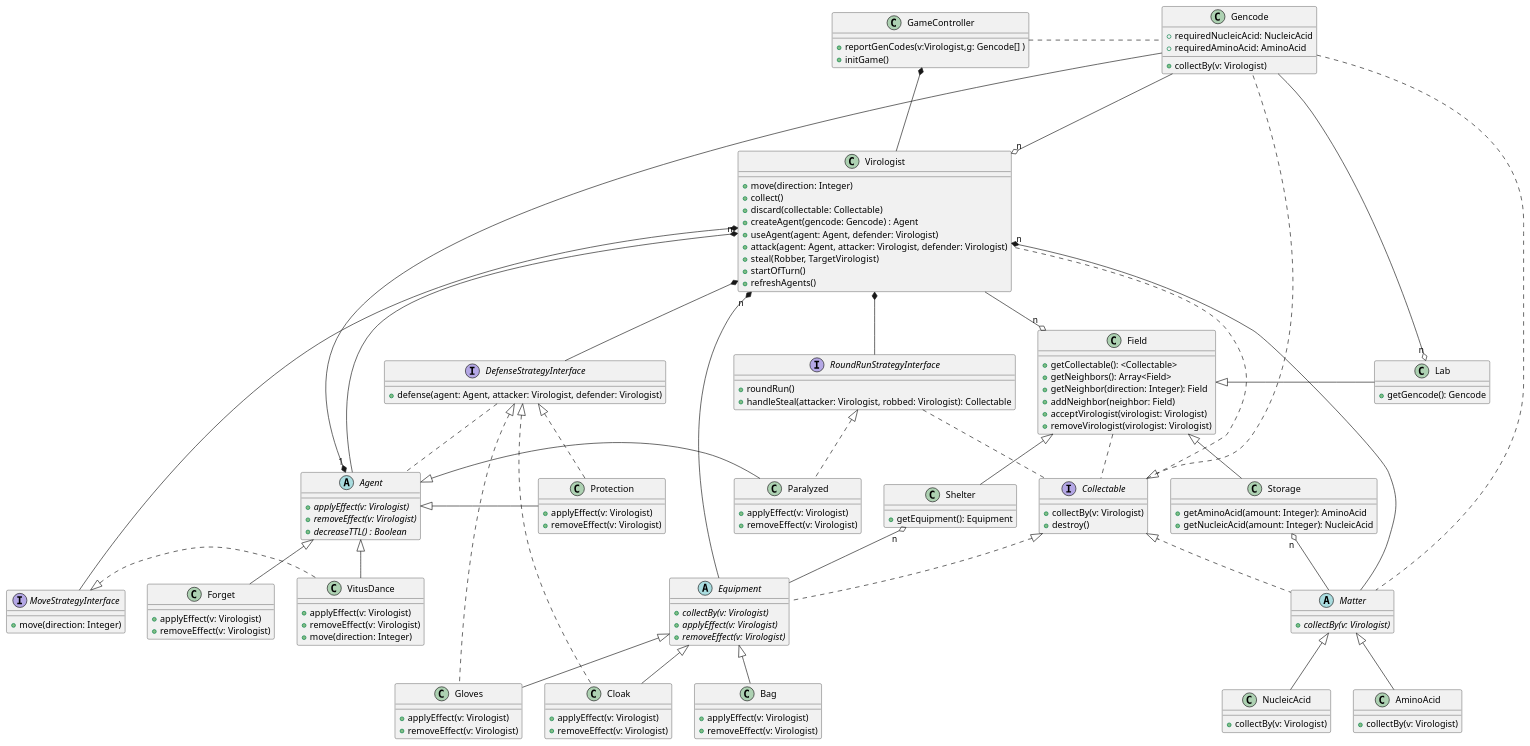
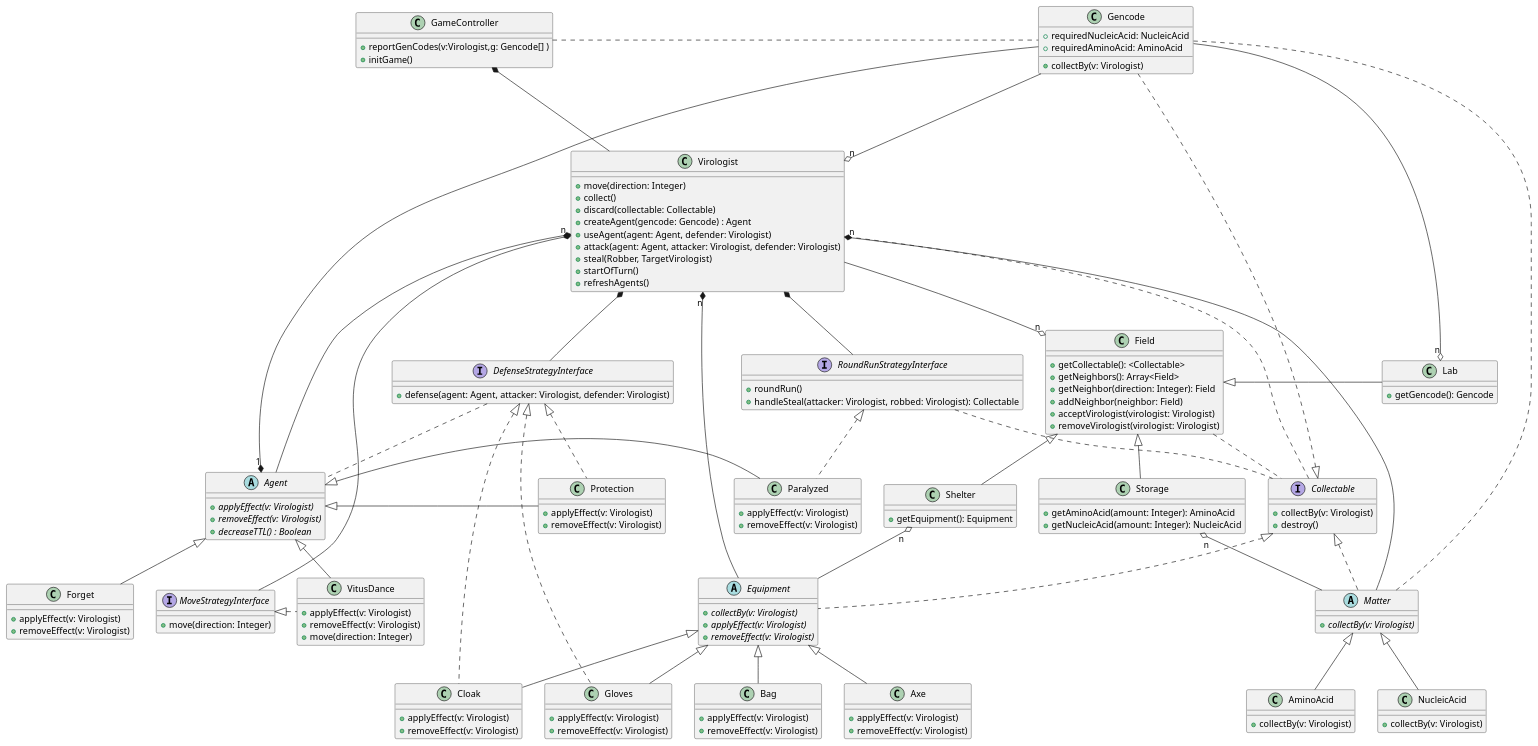
Before and after one commit to Projlab-csb/projlab-virologus: the diagram in class-diagram/main-diagram.puml, drawn with PlantUML. The commit also changed 2 other files, not shown here.

```diff
--- a/class-diagram/main-diagram.puml
+++ b/class-diagram/main-diagram.puml
@@ -1,191 +1,196 @@
 @startuml
 
 'The class diagram doesn't show implicit getters and setters for fields!
 
 interface RoundRunStrategyInterface{
     +roundRun()
     +handleSteal(attacker: Virologist, robbed: Virologist): Collectable
 }
 
 interface MoveStrategyInterface{
     +move(direction: Integer)
 }
 
 interface DefenseStrategyInterface{
     +defense(agent: Agent, attacker: Virologist, defender: Virologist)
 }
 
 
 interface Collectable{
     +collectBy(v: Virologist)
     +destroy()
 }
 
 class GameController {
     'Handle the turns, this knows the order of virologists, and calls the appropriate round() functions
     '+endOfTurn(virologist: Virologist)
     'Checks if the virologist won the game
     +reportGenCodes(v:Virologist,g: Gencode[] )
     +initGame()
     '+gameOver()
 }
 
 class Field{
     +getCollectable(): <Collectable>
     +getNeighbors(): Array<Field>
     +getNeighbor(direction: Integer): Field
     +addNeighbor(neighbor: Field)
     +acceptVirologist(virologist: Virologist)
     +removeVirologist(virologist: Virologist)
 }
 
 class Lab{
     +getGencode(): Gencode
 }
 
 class Storage{
     +getAminoAcid(amount: Integer): AminoAcid
     +getNucleicAcid(amount: Integer): NucleicAcid
 }
 
 class Shelter{
     '+getEquipmentCount(): Integer
     +getEquipment(): Equipment
 }
 
 class Virologist {
     +move(direction: Integer)
     'In the collect function we can use the this.getField()
     +collect()
     +discard(collectable: Collectable)
     +createAgent(gencode: Gencode) : Agent
     +useAgent(agent: Agent, defender: Virologist)
     +attack(agent: Agent, attacker: Virologist, defender: Virologist)
     +steal(Robber, TargetVirologist)
     +startOfTurn()
     'Iterates over all the Agents in the virologist and calls their decreaseTTL() function
     +refreshAgents()
 }
 
 abstract class Matter {
     {abstract} +collectBy(v: Virologist)
 }
 
 class AminoAcid{
     +collectBy(v: Virologist)
 }
 class NucleicAcid{
     +collectBy(v: Virologist)
 }
 
 abstract class Equipment {
     {abstract} +collectBy(v: Virologist)
     {abstract} +applyEffect(v: Virologist)
     {abstract} +removeEffect(v: Virologist)
 }
 
 class Cloak{
     +applyEffect(v: Virologist)
     +removeEffect(v: Virologist)
 }
 
 class Gloves{
     +applyEffect(v: Virologist)
     +removeEffect(v: Virologist)
 }
 
 class Bag{
     +applyEffect(v: Virologist)
     +removeEffect(v: Virologist)
 }
+class Axe{
+    +applyEffect(v: Virologist)
+    +removeEffect(v: Virologist)
+}
 
 abstract class Agent{
     {abstract} +applyEffect(v: Virologist)
     {abstract} +removeEffect(v: Virologist)
     'Each agent has a time to live value, and when it reaches 0, it is destroyed
     'The return value means if the agent is still alive
     {abstract} +decreaseTTL() : Boolean
 }
 
 class VitusDance{
     +applyEffect(v: Virologist)
     +removeEffect(v: Virologist)
     +move(direction: Integer)
 }
 
 class Protection{
     +applyEffect(v: Virologist)
     +removeEffect(v: Virologist)
 }
 
 class Paralyzed{
     +applyEffect(v: Virologist)
     +removeEffect(v: Virologist)
 }
 
 class Forget{
     +applyEffect(v: Virologist)
     +removeEffect(v: Virologist)
 }
 
 'This Gencode is basically the crafting receipt of the Agent
 class Gencode {
     +requiredNucleicAcid: NucleicAcid
     + requiredAminoAcid: AminoAcid
     +collectBy(v: Virologist)
 }
 
 GameController *-d Virologist
 'GameController *-- Gencode
 
 Field <|- Lab
 Field <|-- Storage
 Field <|-- Shelter
 
 Lab "n" o-- Gencode
 Shelter "n" o-- Equipment
 Storage "n" o-- Matter
 
 Virologist *-r- RoundRunStrategyInterface
 Virologist *-- MoveStrategyInterface
 Virologist *-- DefenseStrategyInterface
 Virologist --o "n" Field
 Virologist "n" *-- Agent
 Virologist "n" *-- Matter
 Virologist "n" *-- Equipment
 Virologist "n" o-u-- Gencode
 
 Matter <|-- AminoAcid
 Matter <|-- NucleicAcid
 
 Equipment <|-- Cloak
 Equipment <|-- Gloves
 Equipment <|-- Bag
+Equipment <|-- Axe
 
 Agent <|-- VitusDance
 Agent <|- Protection
 Agent <|- Paralyzed
 Agent <|-- Forget
 Agent "1" *-- Gencode
 
 RoundRunStrategyInterface <|. Paralyzed
 MoveStrategyInterface <|. VitusDance
 DefenseStrategyInterface <|.. Protection
 DefenseStrategyInterface <|.. Cloak
 DefenseStrategyInterface <|.. Gloves
 
 Collectable <|. Gencode
 Collectable <|.. Equipment
 Collectable <|. Matter
 
 'Implicit stuff, comment it out for easier readability
 RoundRunStrategyInterface .. Collectable
 DefenseStrategyInterface .. Agent
 DefenseStrategyInterface .[hidden]. Virologist
 Collectable .. Virologist
 GameController . Gencode
 Field .. Collectable
 'Field .. Virologist
 Gencode .. Matter
 
 @enduml
```
